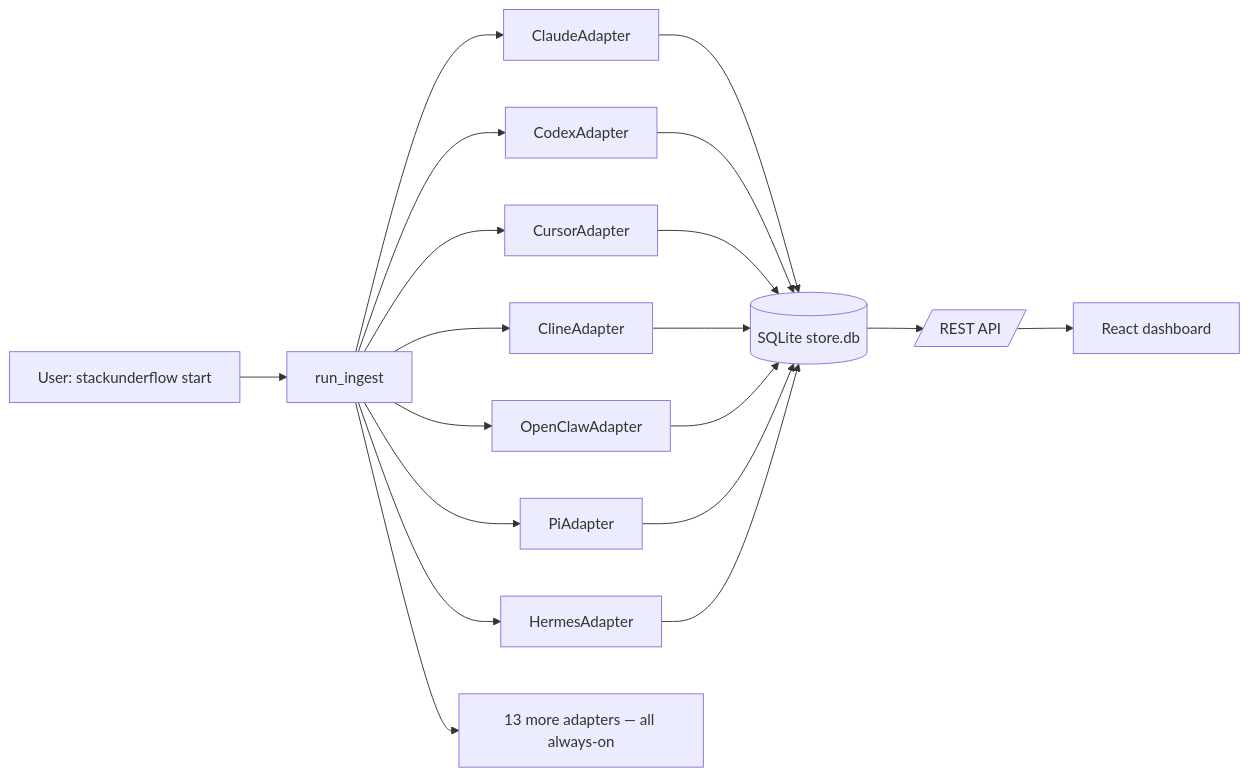
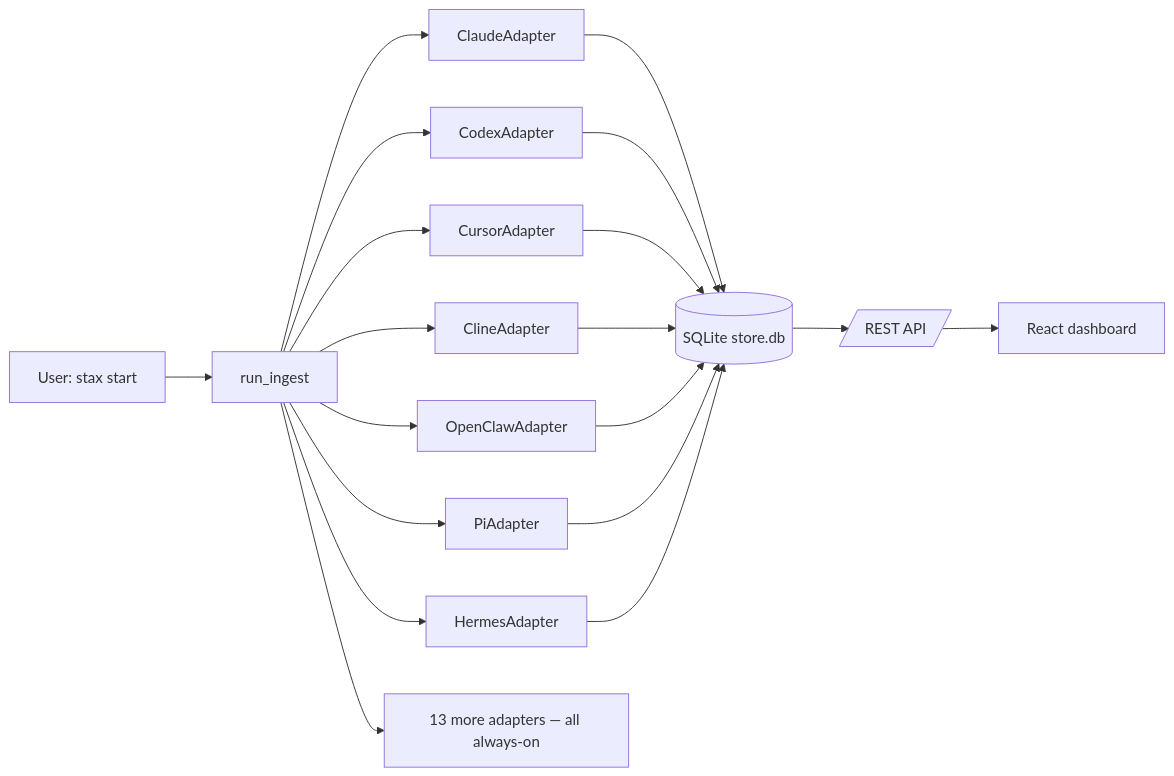
One commit to 0bserver07/StackUnderflow changed the diagram in docs/multi-provider.md. Above: the diagram before and after it, drawn with Mermaid. The commit also changed other lines of this file and 132 other files, not shown here.

````diff
--- a/docs/multi-provider.md
+++ b/docs/multi-provider.md
@@ -93,21 +93,21 @@
 ```mermaid
 flowchart LR
-    user[User: stackunderflow start] --> ingest[run_ingest]
+    user[User: stax start] --> ingest[run_ingest]
     ingest --> claude[ClaudeAdapter]
     ingest --> codex[CodexAdapter]
     ingest --> cursor[CursorAdapter]
     ingest --> cline[ClineAdapter]
     ingest --> openclaw[OpenClawAdapter]
     ingest --> pi[PiAdapter]
     ingest --> hermes[HermesAdapter]
     ingest --> betas[13 more adapters — all always-on]
     claude --> store[(SQLite store.db)]
     codex --> store
     cursor --> store
     cline --> store
     openclaw --> store
     pi --> store
     hermes --> store
     store --> api[/REST API/]
     api --> ui[React dashboard]
 ```
````
